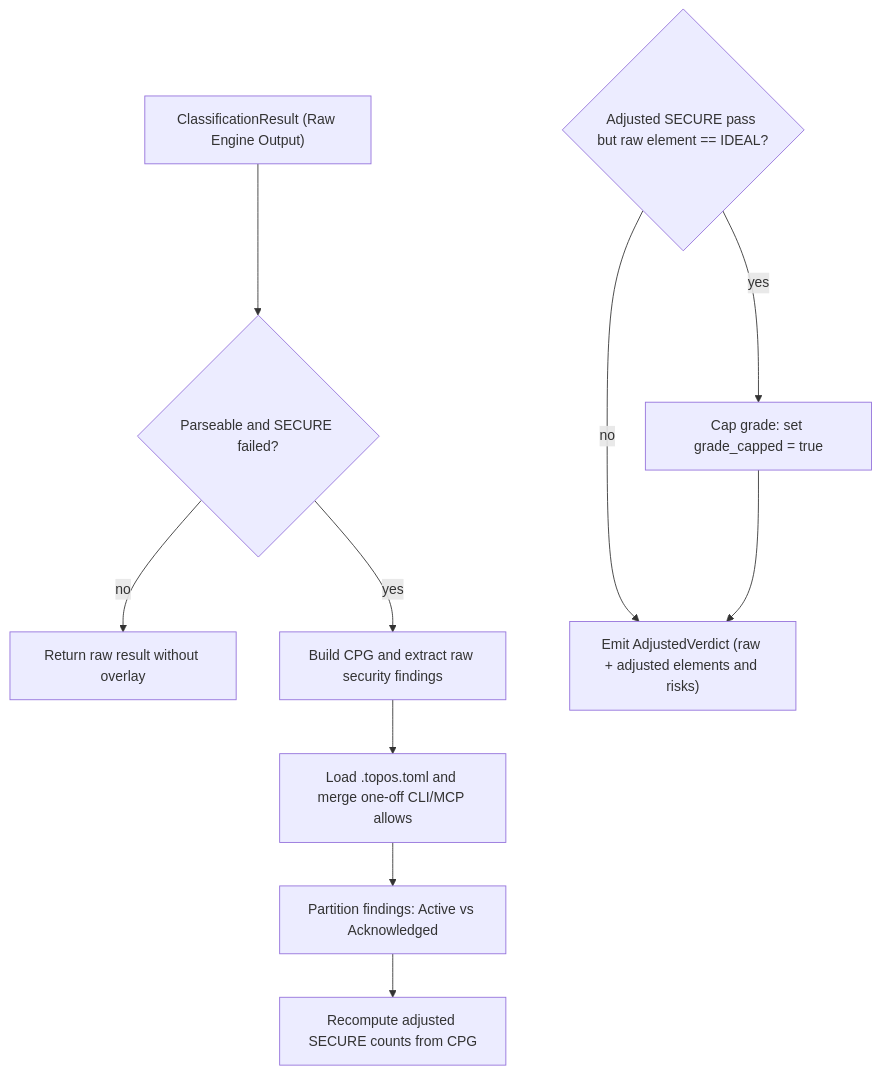
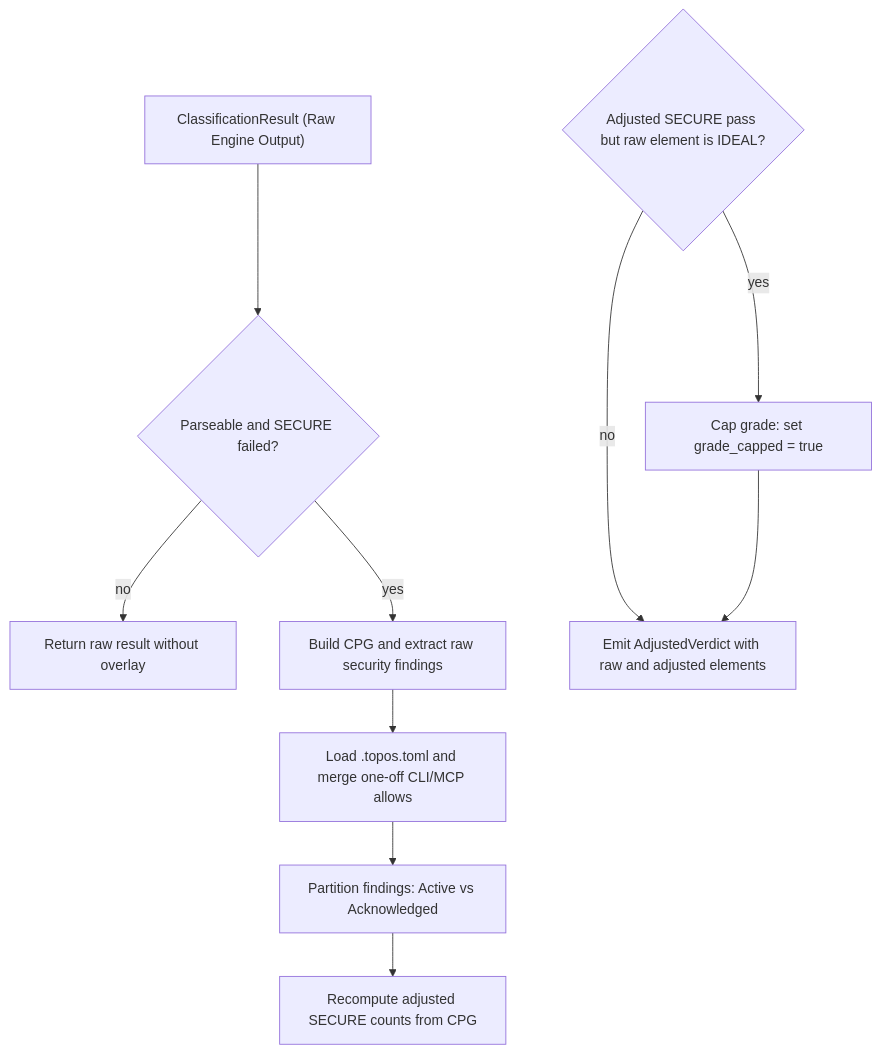
One commit to Krv-Labs/topos changed the third of 3 diagrams in openwiki/architecture/overview.md. Above: the diagram before and after it, drawn with Mermaid. The commit also changed other lines of this file and 21 other files, not shown here.

````diff
--- a/openwiki/architecture/overview.md
+++ b/openwiki/architecture/overview.md
@@ -188,13 +223,13 @@
 ```mermaid
 flowchart TD
     RawResult["ClassificationResult (Raw Engine Output)"] --> Guard{"Parseable and SECURE failed?"}
     Guard -->|no| RawOnly["Return raw result without overlay"]
     Guard -->|yes| BuildCPG["Build CPG and extract raw security findings"]
     BuildCPG --> Config["Load .topos.toml and merge one-off CLI/MCP allows"]
     Config --> Partition["Partition findings: Active vs Acknowledged"]
     Partition --> Recount["Recompute adjusted SECURE counts from CPG"]
-    GradeCap{"Adjusted SECURE pass but raw element == IDEAL?"}
+    GradeCap{"Adjusted SECURE pass but raw element is IDEAL?"}
     GradeCap -->|yes| Demote["Cap grade: set grade_capped = true"]
     GradeCap -->|no| Emit
-    Demote --> Emit["Emit AdjustedVerdict (raw + adjusted elements and risks)"]
+    Demote --> Emit["Emit AdjustedVerdict with raw and adjusted elements"]
 ```
````
